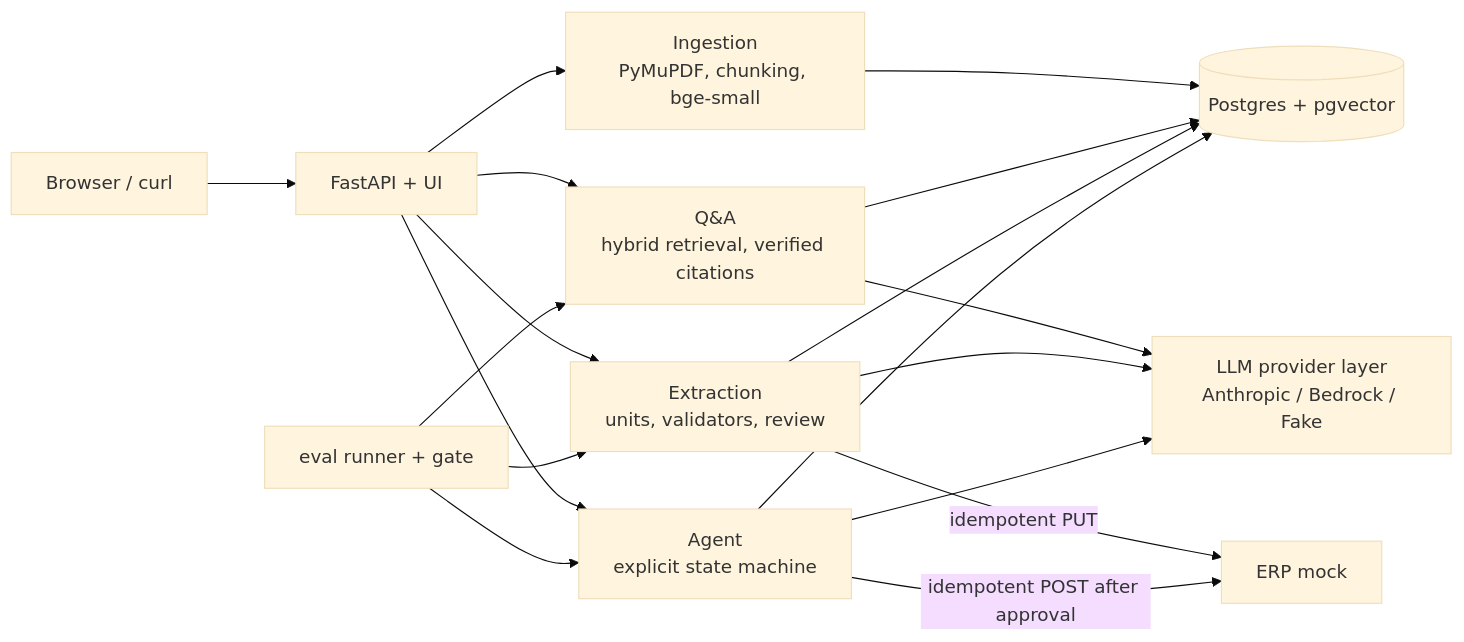
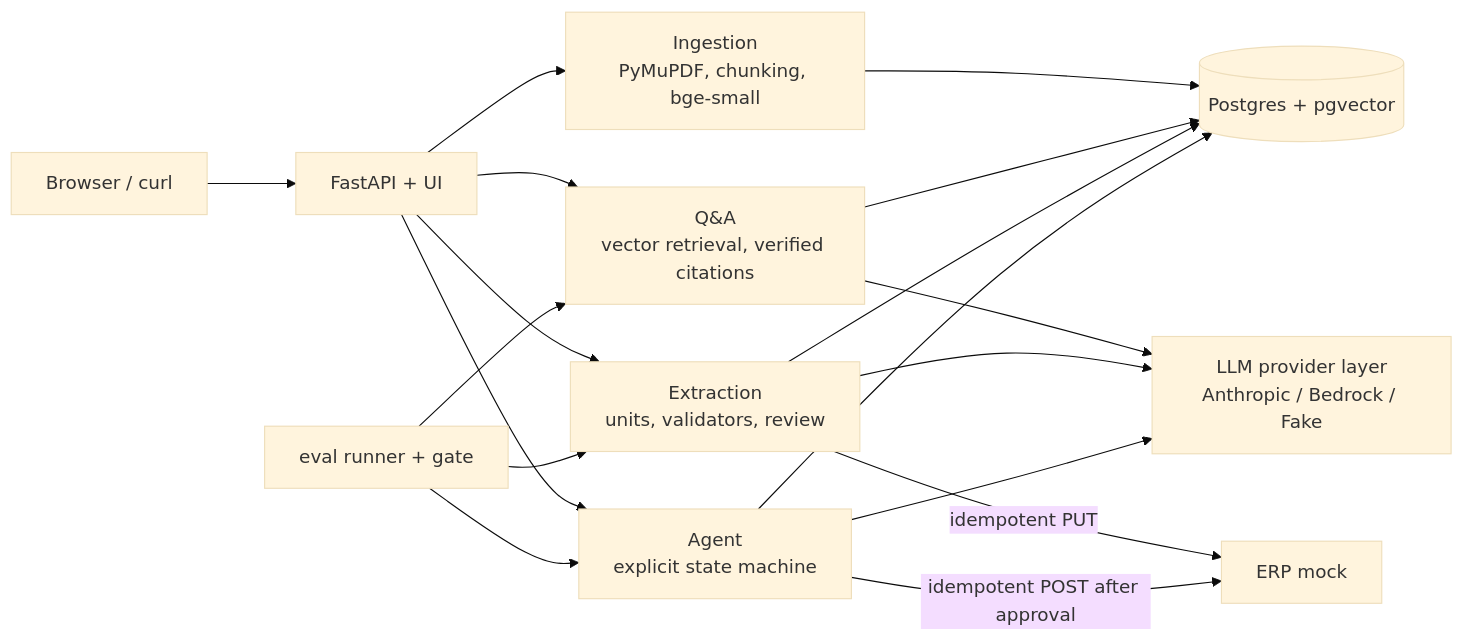
The diagram in README.md (adarshnandina/specbridge), drawn with Mermaid (base theme) before and after one commit. The commit also changed other lines of this file and 73 other files, not shown here.

Commit message:
6.5: deterministic retrieval ordering, vector default, re-measured experiments and baseline, regenerated docs

````diff
--- a/README.md
+++ b/README.md
@@ -7,20 +7,20 @@
 ```mermaid
 flowchart LR
     U[Browser / curl] --> API[FastAPI + UI]
     API --> ING[Ingestion<br/>PyMuPDF, chunking, bge-small]
-    API --> QA[Q&A<br/>hybrid retrieval, verified citations]
+    API --> QA[Q&A<br/>vector retrieval, verified citations]
     API --> EX[Extraction<br/>units, validators, review]
     API --> AG[Agent<br/>explicit state machine]
     ING --> DB[(Postgres + pgvector)]
     QA --> DB
     EX --> DB
     AG --> DB
     QA --> LLM[LLM provider layer<br/>Anthropic / Bedrock / Fake]
     EX --> LLM
     AG --> LLM
     EX -->|idempotent PUT| ERP[ERP mock]
     AG -->|idempotent POST after approval| ERP
     EV[eval runner + gate] --> QA
     EV --> EX
     EV --> AG
 ```
````
